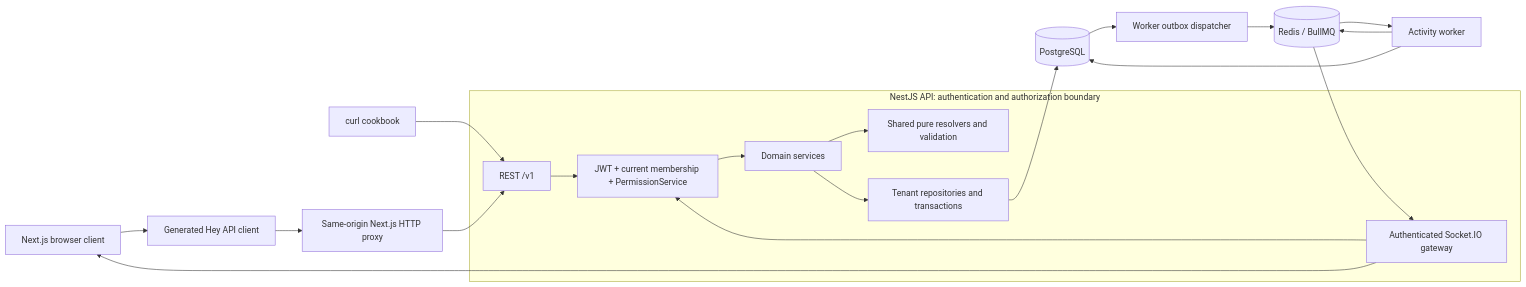
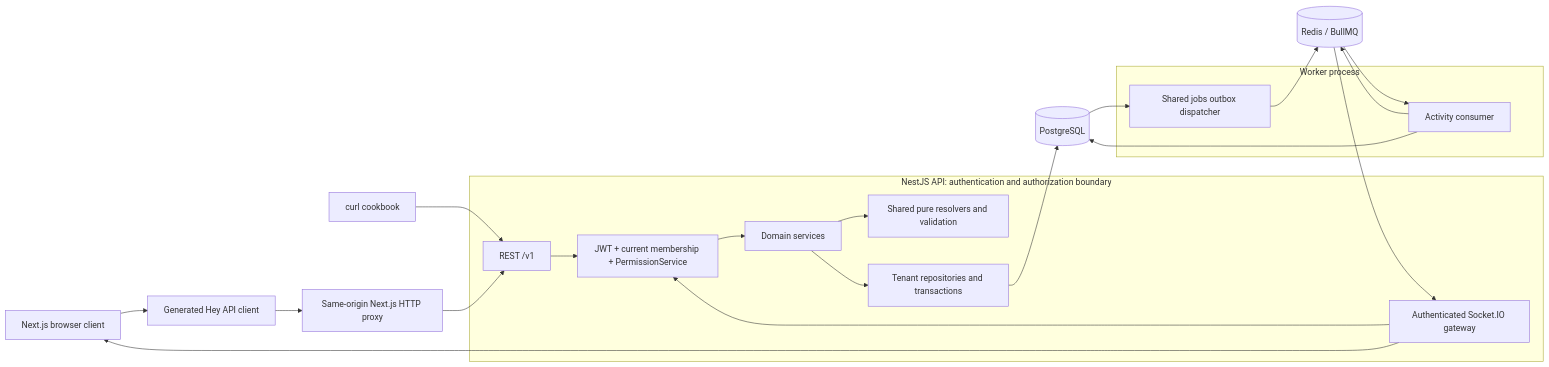
One commit to ashvir99260/flowboard changed the first of 3 diagrams in ARCHITECTURE.md. Above: the diagram before and after it, drawn with Mermaid. The commit also changed other lines of this file and 42 other files, not shown here.

Commit message:
docs: reconcile architecture with deployed services

````diff
--- a/ARCHITECTURE.md
+++ b/ARCHITECTURE.md
@@ -34,22 +34,26 @@
 ```mermaid
 flowchart LR
   Browser[Next.js browser client] --> SDK[Generated Hey API client]
   Cookbook[curl cookbook] --> HTTP[REST /v1]
   SDK --> Proxy[Same-origin Next.js HTTP proxy]
   Proxy --> HTTP
   subgraph API[NestJS API: authentication and authorization boundary]
     HTTP --> Guards[JWT + current membership + PermissionService]
     Guards --> Modules[Domain services]
     Modules --> Pure[Shared pure resolvers and validation]
     Modules --> Tenant[Tenant repositories and transactions]
     Gateway[Authenticated Socket.IO gateway] --> Guards
   end
   Tenant --> PG[(PostgreSQL)]
-  PG --> Dispatcher[Worker outbox dispatcher]
+  subgraph WorkerProcess[Worker process]
+    Dispatcher[Shared jobs outbox dispatcher]
+    Worker[Activity consumer]
+  end
+  PG --> Dispatcher
   Dispatcher --> Redis[(Redis / BullMQ)]
-  Redis --> Worker[Activity worker]
+  Redis --> Worker
   Worker --> PG
   Worker --> Redis
   Redis --> Gateway
   Gateway --> Browser
 ```
````
